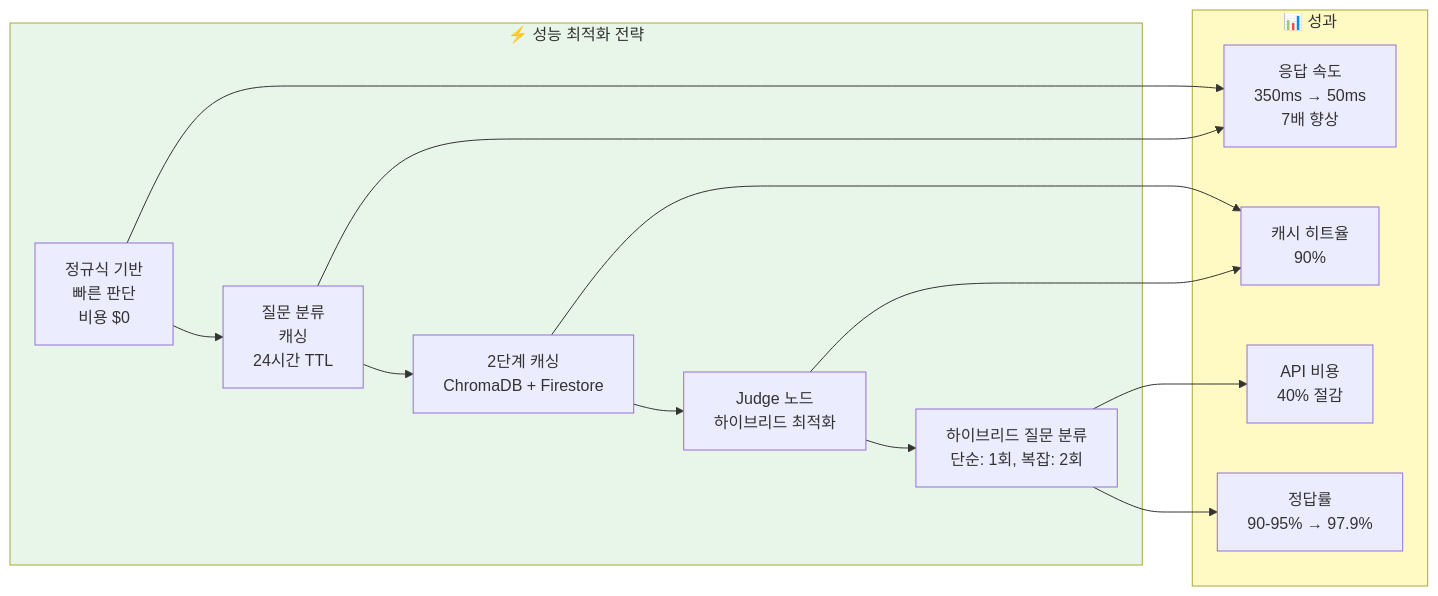
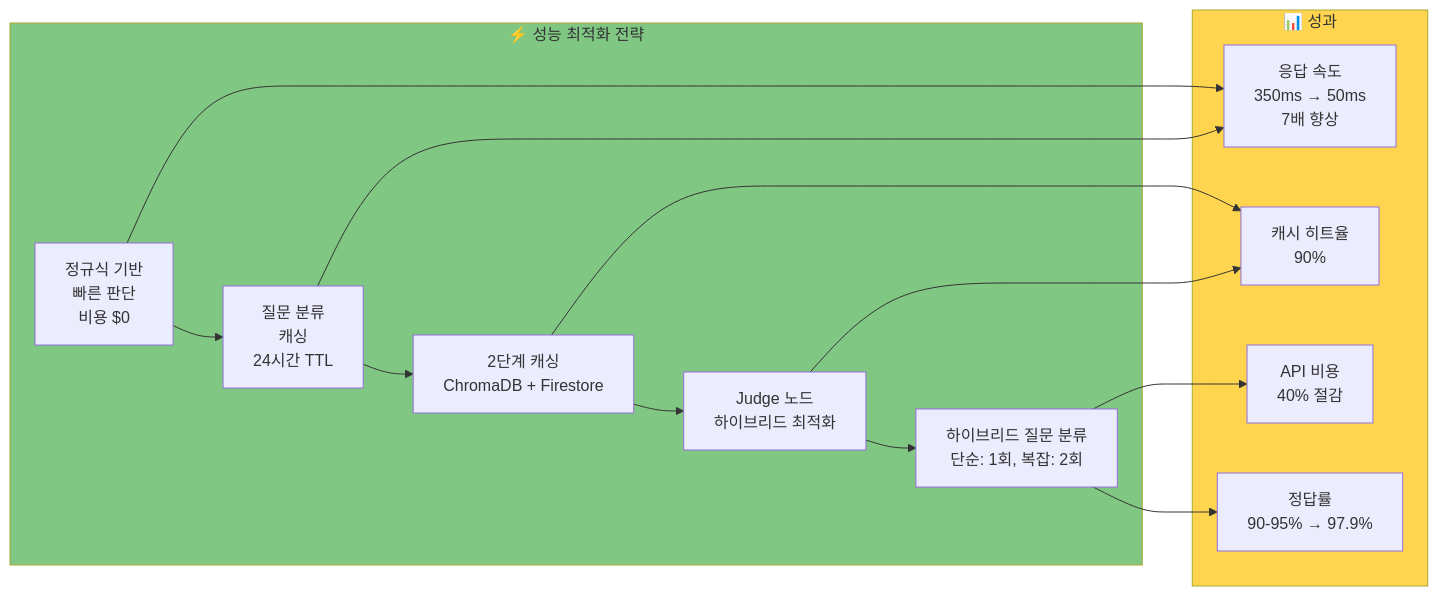
One commit to seolmiseon/fsf-llm-platform changed the sixth of 6 diagrams in FSF_ARCHITECTURE_DIAGRAM.md. Above: the diagram before and after it, drawn with Mermaid. The commit also changed other lines of this file and 6 other files, not shown here.

````diff
--- a/FSF_ARCHITECTURE_DIAGRAM.md
+++ b/FSF_ARCHITECTURE_DIAGRAM.md
@@ -333,26 +355,26 @@
 ```mermaid
 graph LR
     subgraph Optimization["⚡ 성능 최적화 전략"]
         A[정규식 기반<br/>빠른 판단<br/>비용 $0] --> B[질문 분류<br/>캐싱<br/>24시간 TTL]
         B --> C[2단계 캐싱<br/>ChromaDB + Firestore]
         C --> D[Judge 노드<br/>하이브리드 최적화]
         D --> E[하이브리드 질문 분류<br/>단순: 1회, 복잡: 2회]
     end
 
     subgraph Results["📊 성과"]
         F[응답 속도<br/>350ms → 50ms<br/>7배 향상]
         G[캐시 히트율<br/>90%]
         H[API 비용<br/>40% 절감]
         I[정답률<br/>90-95% → 97.9%]
     end
 
     A --> F
     B --> F
     C --> G
     D --> G
     E --> H
     E --> I
 
-    style Optimization fill:#e8f5e9
-    style Results fill:#fff9c4
+    style Optimization fill:#81C784
+    style Results fill:#FFD54F
 ```
````
